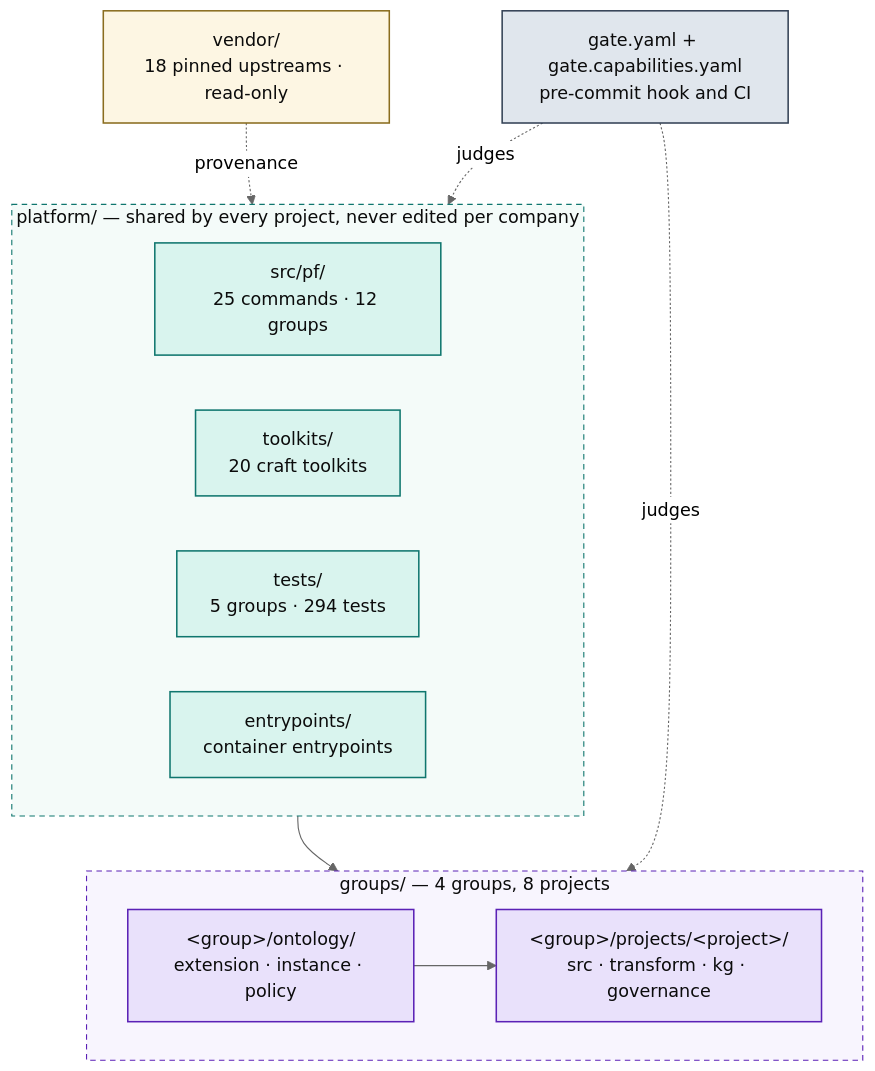
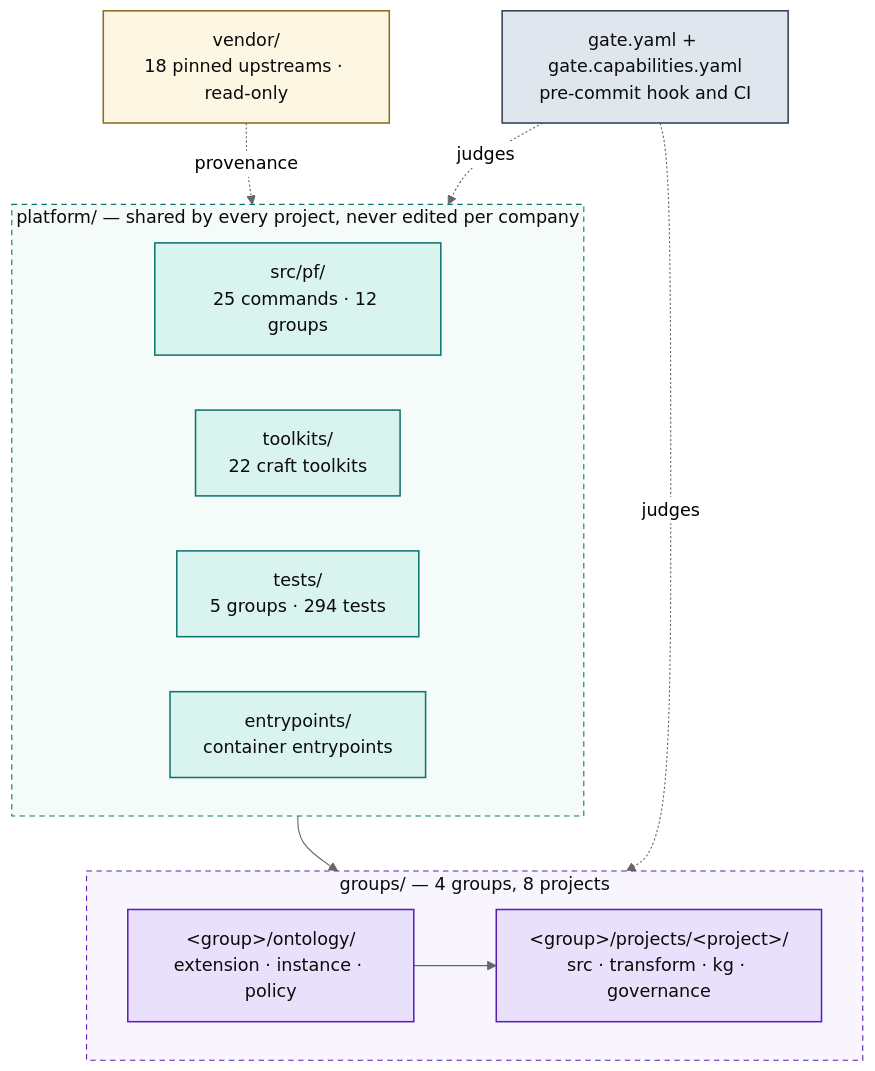
One commit to Atomz-org/data-platform changed the first of 5 diagrams in docs/ARCHITECTURE.md. Above: the diagram before and after it, drawn with Mermaid (neutral theme). The commit also changed other lines of this file and 8 other files, not shown here.

````diff
--- a/docs/ARCHITECTURE.md
+++ b/docs/ARCHITECTURE.md
@@ -15,36 +15,36 @@
 ```mermaid
 flowchart TB
   subgraph SHARED["platform/ — shared by every project, never edited per company"]
     direction LR
     ENG["src/pf/<br/>25 commands · 12 groups"]
-    TK["toolkits/<br/>20 craft toolkits"]
+    TK["toolkits/<br/>22 craft toolkits"]
     TST["tests/<br/>5 groups · 294 tests"]
     ENT["entrypoints/<br/>container entrypoints"]
   end
 
   subgraph ENTITIES["groups/ — 4 groups, 8 projects"]
     direction LR
     GRP["&lt;group&gt;/ontology/<br/>extension · instance · policy"]
     PRJ["&lt;group&gt;/projects/&lt;project&gt;/<br/>src · transform · kg · governance"]
     GRP --> PRJ
   end
 
   VEN["vendor/<br/>18 pinned upstreams · read-only"]
   GATE["gate.yaml + gate.capabilities.yaml<br/>pre-commit hook and CI"]
 
   SHARED --> ENTITIES
   VEN -.provenance.-> SHARED
   GATE -.judges.-> ENTITIES
   GATE -.judges.-> SHARED
 
   classDef code fill:#d9f4ee,stroke:#0f766e,stroke-width:1.4px,color:#0b0b0b
   classDef data fill:#e9e1fb,stroke:#5b21b6,stroke-width:1.4px,color:#0b0b0b
   classDef gov fill:#e0e6ed,stroke:#334155,stroke-width:1.4px,color:#0b0b0b
   classDef ext fill:#fdf6e3,stroke:#8a6d1f,stroke-width:1.4px,color:#0b0b0b
   class ENG,TK,TST,ENT code
   class GRP,PRJ data
   class GATE gov
   class VEN ext
   style SHARED fill:#f4fbf9,stroke:#0f766e,stroke-dasharray:5 4,color:#0b0b0b
   style ENTITIES fill:#f8f5fe,stroke:#5b21b6,stroke-dasharray:5 4,color:#0b0b0b
 ```
````
